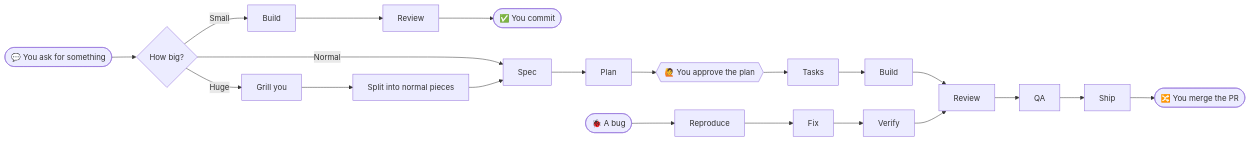
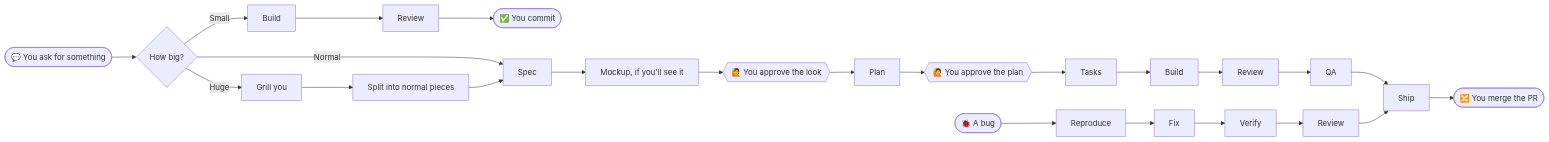
Before and after one commit to LanHuong142002/ourkit: the diagram in README.md, drawn with Mermaid. The commit also changed other lines of this file and 17 other files, not shown here.

````diff
--- a/README.md
+++ b/README.md
@@ -7,13 +7,13 @@
 ```mermaid
 flowchart LR
     ask([💬 You ask for something]) --> size{How big?}
 
     size -->|Small| s1[Build] --> s2[Review] --> s3([✅ You commit])
 
-    size -->|Normal| n1[Spec] --> n2[Plan] --> ok{{🙋 You approve the plan}}
+    size -->|Normal| n1[Spec] --> m1[Mockup, if you'll see it] --> mok{{🙋 You approve the look}} --> n2[Plan] --> ok{{🙋 You approve the plan}}
     ok --> n3[Tasks] --> n4[Build] --> n5[Review] --> n5b[QA] --> n6[Ship] --> pr([🔀 You merge the PR])
 
     size -->|Huge| h1[Grill you] --> h2[Split into normal pieces] --> n1
 
-    bug([🐞 A bug]) --> b1[Reproduce] --> b2[Fix] --> b3[Verify] --> n5
+    bug([🐞 A bug]) --> b1[Reproduce] --> b2[Fix] --> b3[Verify] --> b4[Review] --> n6
 ```
````
